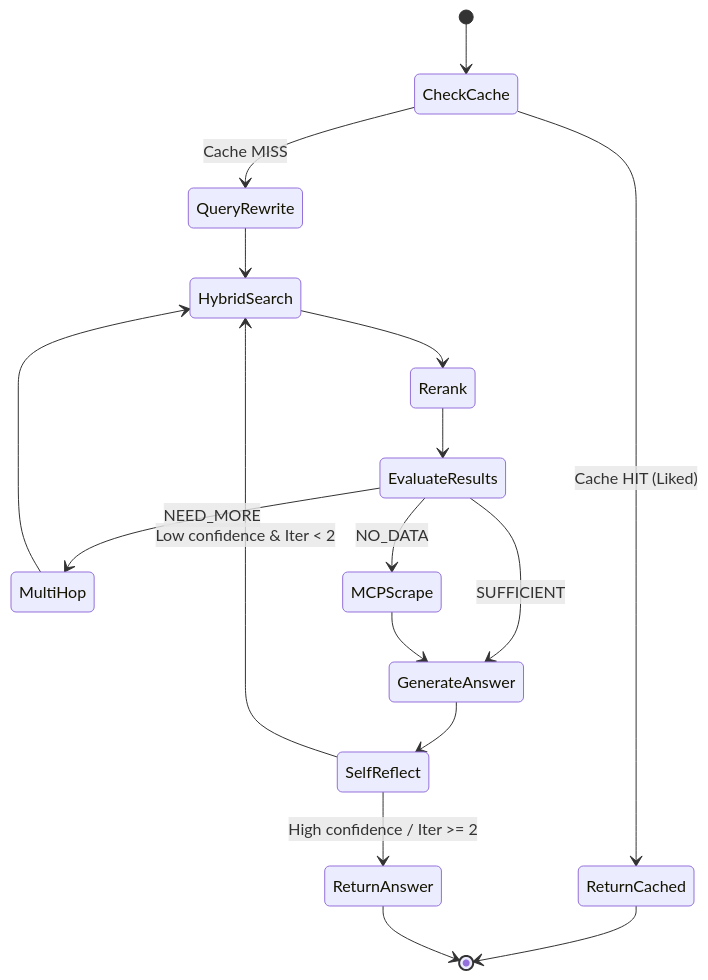
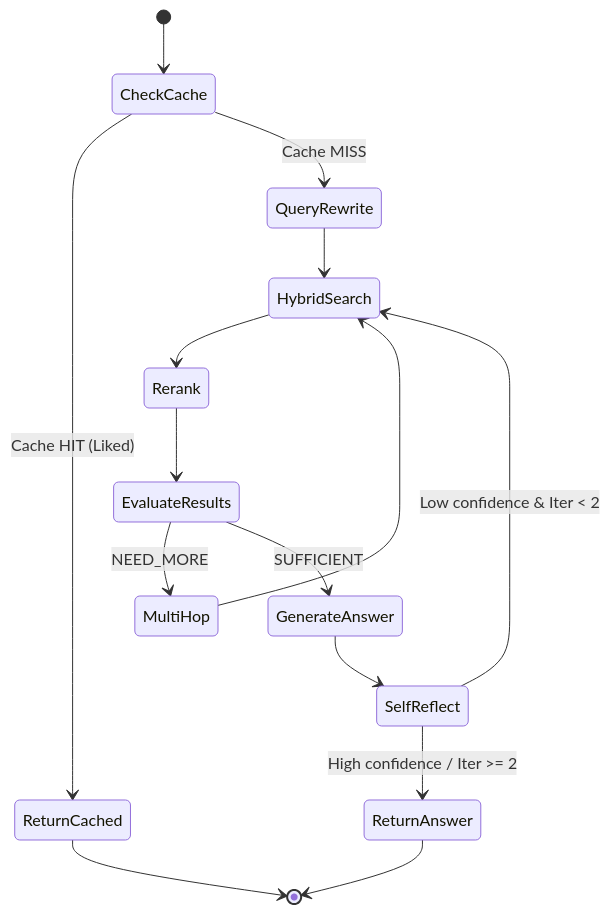
One commit to BennedictQuanTon/BKAi-Admission-System changed the third of 4 diagrams in README.md. Above: the diagram before and after it, drawn with Mermaid. The commit also changed other lines of this file and 19 other files, not shown here.

````diff
--- a/README.md
+++ b/README.md
@@ -205,23 +199,21 @@
 ```mermaid
 stateDiagram-v2
     [*] --> CheckCache
     CheckCache --> ReturnCached: Cache HIT (Liked)
     CheckCache --> QueryRewrite: Cache MISS
 
     QueryRewrite --> HybridSearch
     HybridSearch --> Rerank
     Rerank --> EvaluateResults
 
     EvaluateResults --> MultiHop: NEED_MORE
-    EvaluateResults --> MCPScrape: NO_DATA
     EvaluateResults --> GenerateAnswer: SUFFICIENT
     MultiHop --> HybridSearch
 
-    MCPScrape --> GenerateAnswer
     GenerateAnswer --> SelfReflect
     SelfReflect --> HybridSearch: Low confidence & Iter < 2
     SelfReflect --> ReturnAnswer: High confidence / Iter >= 2
 
     ReturnCached --> [*]
     ReturnAnswer --> [*]
 ```
````
